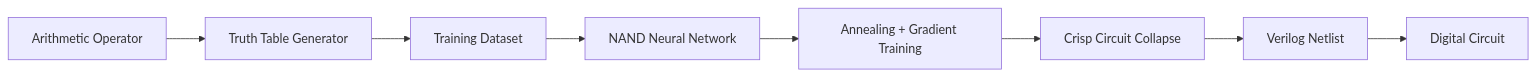
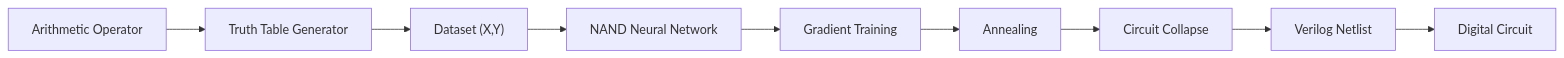
Before and after one commit to guinamen/NeuralNand: the first of 4 diagrams in README.md, drawn with Mermaid. The commit also changed other lines of this file, not shown here.

````diff
--- a/README.md
+++ b/README.md
@@ -39,11 +32,22 @@
 ``` mermaid
 flowchart LR
 
-A[Arithmetic Operator] --> B[Truth Table Generator]
-B --> C[Training Dataset]
-C --> D[NAND Neural Network]
-D --> E[Annealing + Gradient Training]
-E --> F[Crisp Circuit Collapse]
-F --> G[Verilog Netlist]
-G --> H[Digital Circuit]
+A["Arithmetic Operator"]
+B["Truth Table Generator"]
+C["Dataset (X,Y)"]
+D["NAND Neural Network"]
+E["Gradient Training"]
+F["Annealing"]
+G["Circuit Collapse"]
+H["Verilog Netlist"]
+I["Digital Circuit"]
+
+A --> B
+B --> C
+C --> D
+D --> E
+E --> F
+F --> G
+G --> H
+H --> I
 ```
````
